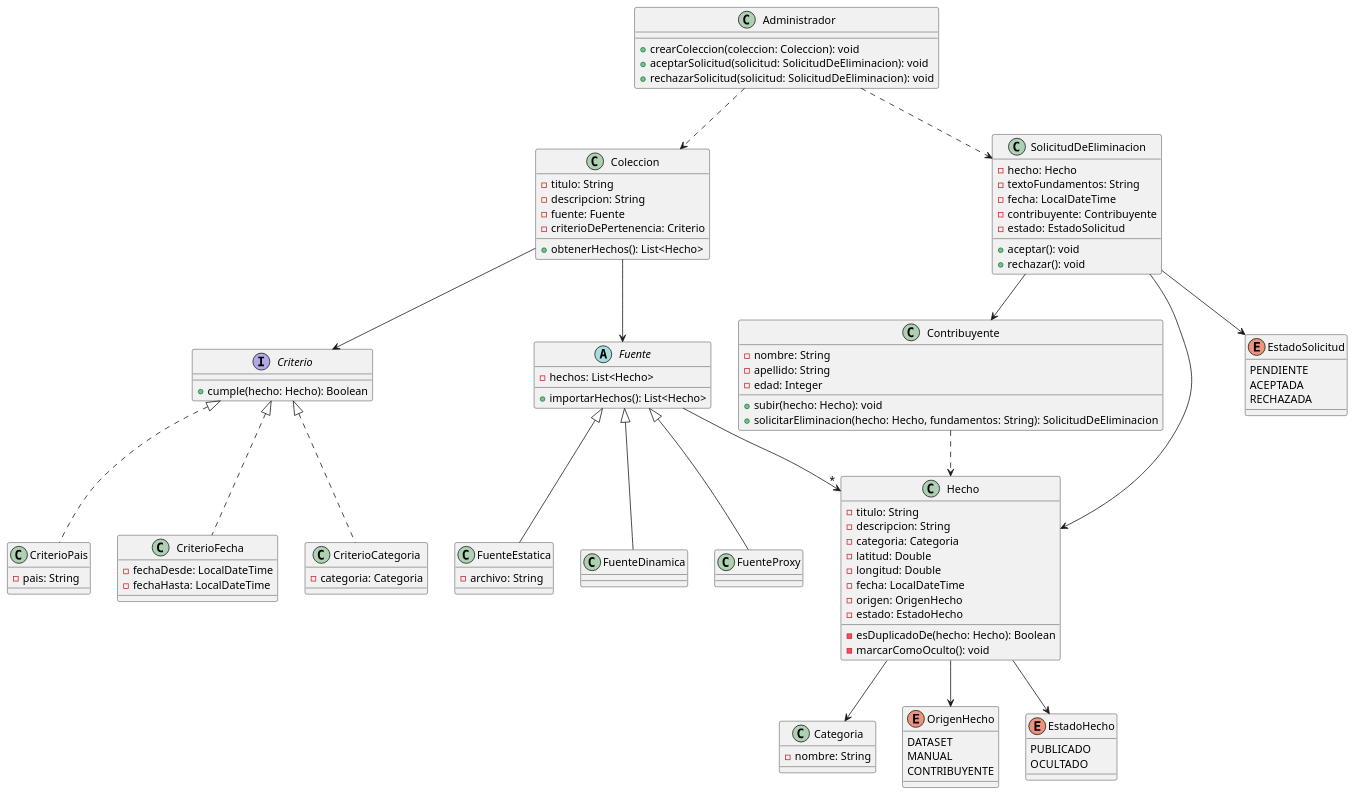
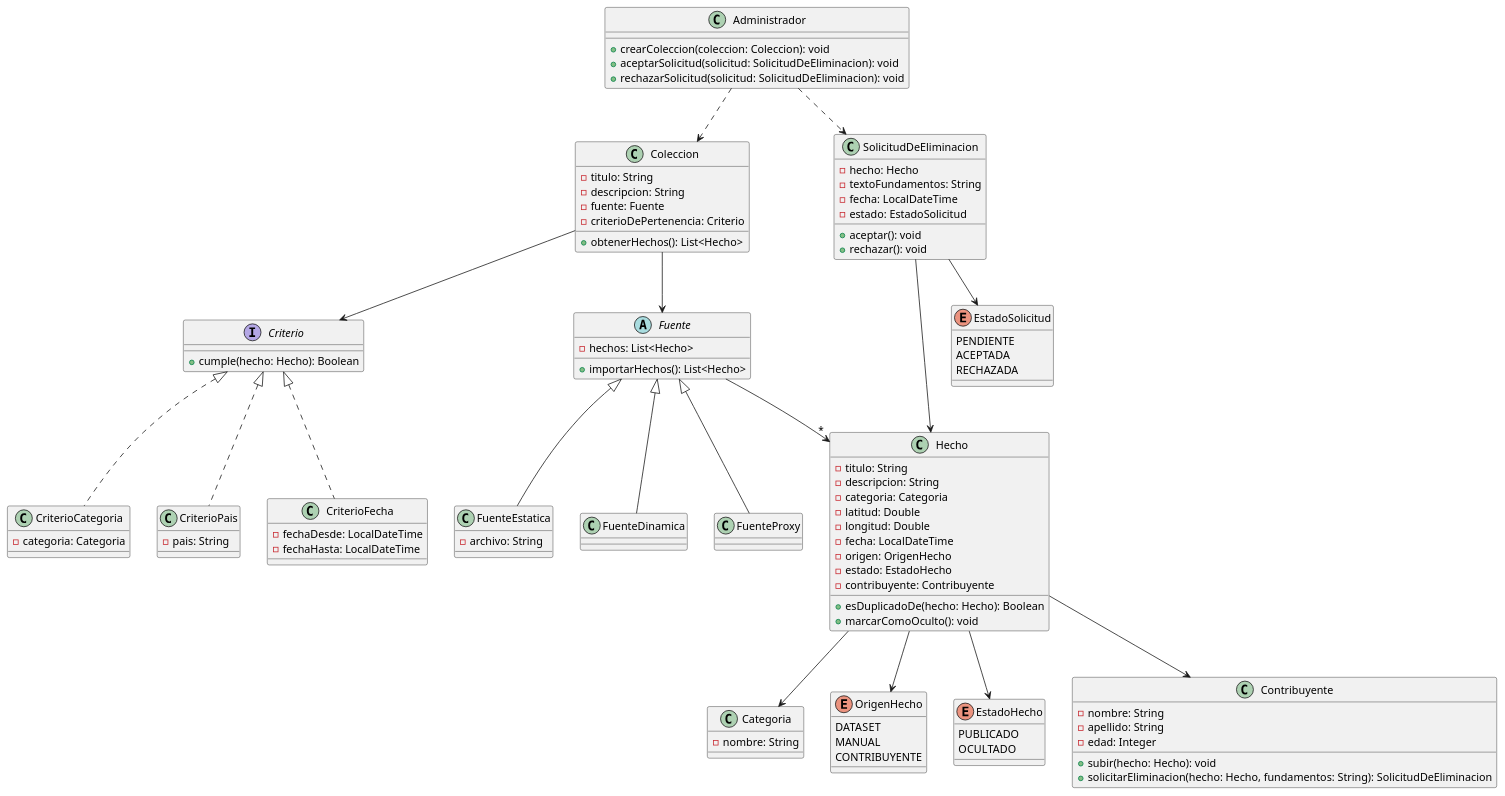
One commit to NicolasPazz/metamapa changed the diagram in src/diagramas/diagrama.puml. Above: the diagram before and after it, drawn with PlantUML.

Commit message:
Actualizo diagrama de clases

```diff
--- a/src/diagramas/diagrama.puml
+++ b/src/diagramas/diagrama.puml
@@ -1,123 +1,121 @@
 @startuml
 
 class Hecho {
     -titulo: String
     -descripcion: String
     -categoria: Categoria
     -latitud: Double
     -longitud: Double
     -fecha: LocalDateTime
     -origen: OrigenHecho
     -estado: EstadoHecho
+    -contribuyente: Contribuyente
 
-    -esDuplicadoDe(hecho: Hecho): Boolean
-    -marcarComoOculto(): void
+    +esDuplicadoDe(hecho: Hecho): Boolean
+    +marcarComoOculto(): void
 }
 
 class Categoria {
     -nombre: String
 }
 
 enum OrigenHecho {
     DATASET
     MANUAL
     CONTRIBUYENTE
 }
 
 enum EstadoHecho{
     PUBLICADO
     OCULTADO
 }
 
 class Coleccion {
     -titulo: String
     -descripcion: String
     -fuente: Fuente
     -criterioDePertenencia: Criterio
 
     +obtenerHechos(): List<Hecho>
 }
 
 interface Criterio {
     +cumple(hecho: Hecho): Boolean
 }
 class CriterioCategoria {
     -categoria: Categoria
 }
 class CriterioPais {
     -pais: String
 }
 class CriterioFecha {
     -fechaDesde: LocalDateTime
     -fechaHasta: LocalDateTime
 }
 
 abstract Fuente {
     -hechos: List<Hecho>
 
     +importarHechos(): List<Hecho>
 }
 class FuenteEstatica {
     -archivo: String
 }
 class FuenteDinamica
 class FuenteProxy
 
 class SolicitudDeEliminacion {
     -hecho: Hecho
     -textoFundamentos: String
     -fecha: LocalDateTime
-    -contribuyente: Contribuyente
     -estado: EstadoSolicitud
 
     +aceptar(): void
     +rechazar(): void
 }
 
 enum EstadoSolicitud {
     PENDIENTE
     ACEPTADA
     RECHAZADA
 }
 
 class Contribuyente {
     -nombre: String
     -apellido: String
     -edad: Integer
 
     +subir(hecho: Hecho): void
     +solicitarEliminacion(hecho: Hecho, fundamentos: String): SolicitudDeEliminacion
 }
 
 class Administrador {
     +crearColeccion(coleccion: Coleccion): void
     +aceptarSolicitud(solicitud: SolicitudDeEliminacion): void
     +rechazarSolicitud(solicitud: SolicitudDeEliminacion): void
 }
 
+Hecho --> Contribuyente
 Hecho --> OrigenHecho
 Hecho --> Categoria
 Hecho --> EstadoHecho
 
 Fuente -->"*" Hecho
 Fuente <|-- FuenteEstatica
 Fuente <|-- FuenteDinamica
 Fuente <|-- FuenteProxy
 
 Criterio <|.. CriterioCategoria
 Criterio <|.. CriterioPais
 Criterio <|.. CriterioFecha
 
 Coleccion --> Fuente
 Coleccion --> Criterio
 
-SolicitudDeEliminacion --> Contribuyente
 SolicitudDeEliminacion --> Hecho
 SolicitudDeEliminacion --> EstadoSolicitud
 
 Administrador ..> Coleccion
 Administrador ..> SolicitudDeEliminacion
 
-Contribuyente ..> Hecho
-
 @enduml
```
